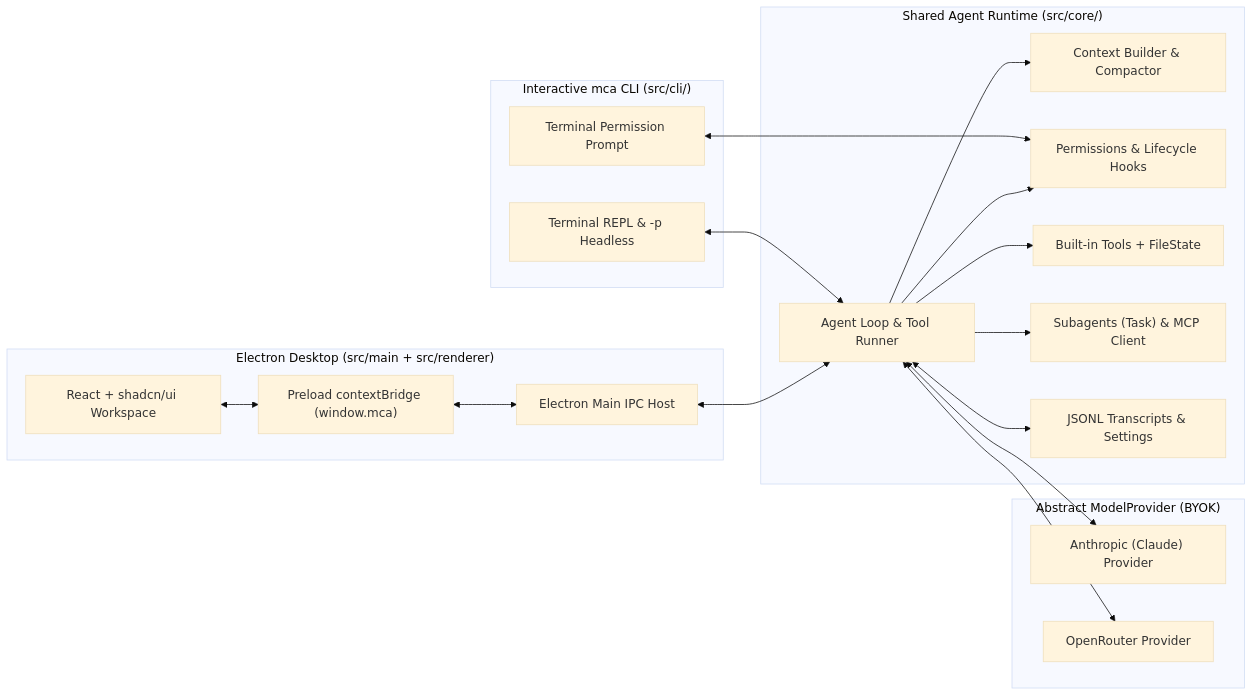
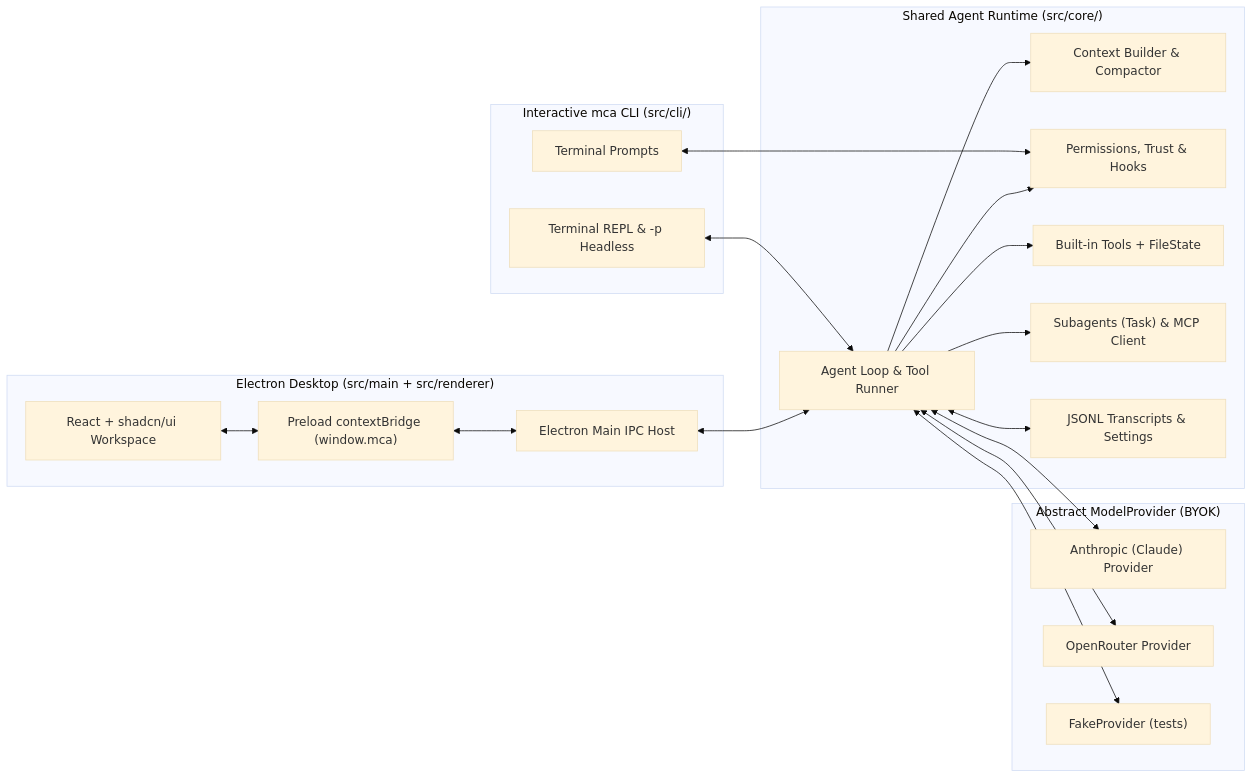
The diagram in docs/PLAN.md (yurtemre7/mini-coding-agent), drawn with Mermaid (base theme) before and after one commit. The commit also changed other lines of this file, not shown here.

````diff
--- a/docs/PLAN.md
+++ b/docs/PLAN.md
@@ -28,40 +29,42 @@
 ```mermaid
 flowchart LR
   subgraph CLI["Interactive mca CLI (src/cli/)"]
     REPL["Terminal REPL & -p Headless"]
-    CLIPerm["Terminal Permission Prompt"]
+    CLIPerm["Terminal Prompts"]
   end
 
   subgraph Desktop["Electron Desktop (src/main + src/renderer)"]
     UI["React + shadcn/ui Workspace"]
     IPC["Preload contextBridge (window.mca)"]
     Main["Electron Main IPC Host"]
   end
 
   subgraph Core["Shared Agent Runtime (src/core/)"]
     Loop["Agent Loop & Tool Runner"]
     Ctx["Context Builder & Compactor"]
-    Guards["Permissions & Lifecycle Hooks"]
+    Guards["Permissions, Trust & Hooks"]
     Tools["Built-in Tools + FileState"]
     Sub["Subagents (Task) & MCP Client"]
     Store["JSONL Transcripts & Settings"]
   end
 
   subgraph Providers["Abstract ModelProvider (BYOK)"]
     Anthropic["Anthropic (Claude) Provider"]
     OpenRouter["OpenRouter Provider"]
+    Fake["FakeProvider (tests)"]
   end
 
   REPL <--> Loop
   CLIPerm <--> Guards
   UI <--> IPC
   IPC <--> Main
   Main <--> Loop
   Loop <--> Anthropic
   Loop <--> OpenRouter
+  Loop <--> Fake
   Loop --> Ctx
   Loop --> Guards
   Loop --> Tools
   Loop --> Sub
   Loop <--> Store
 ```
````
